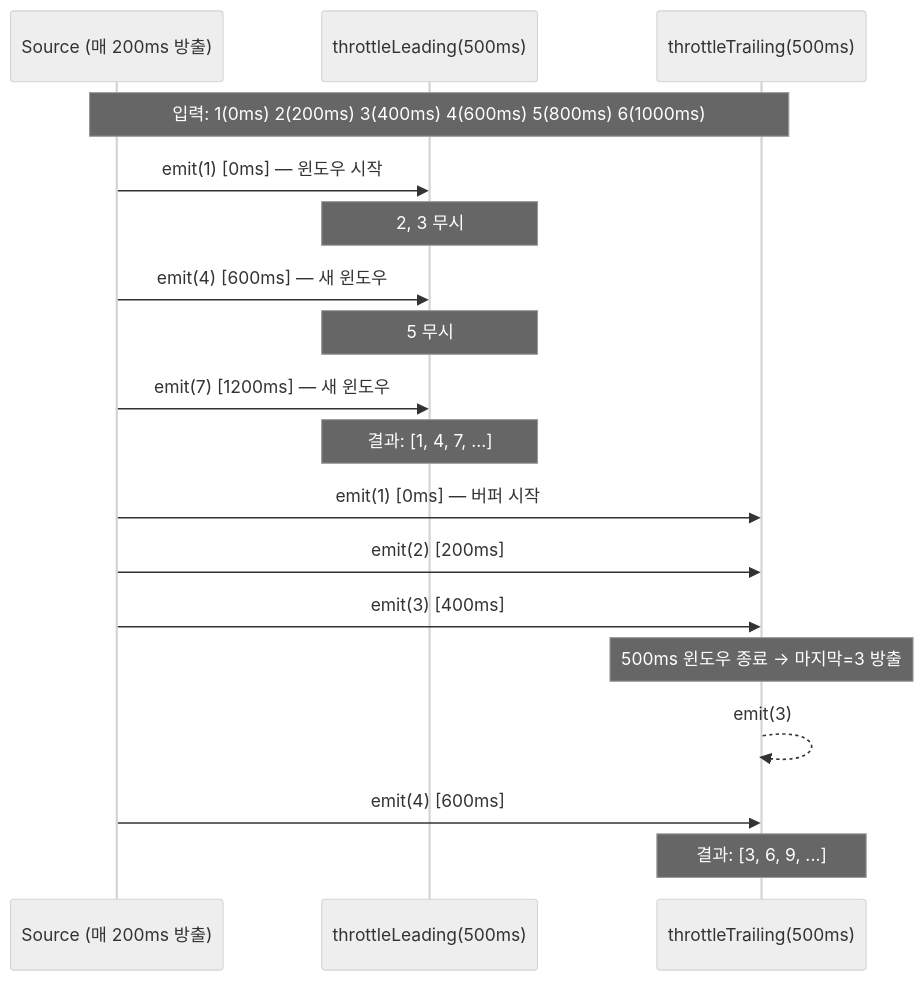
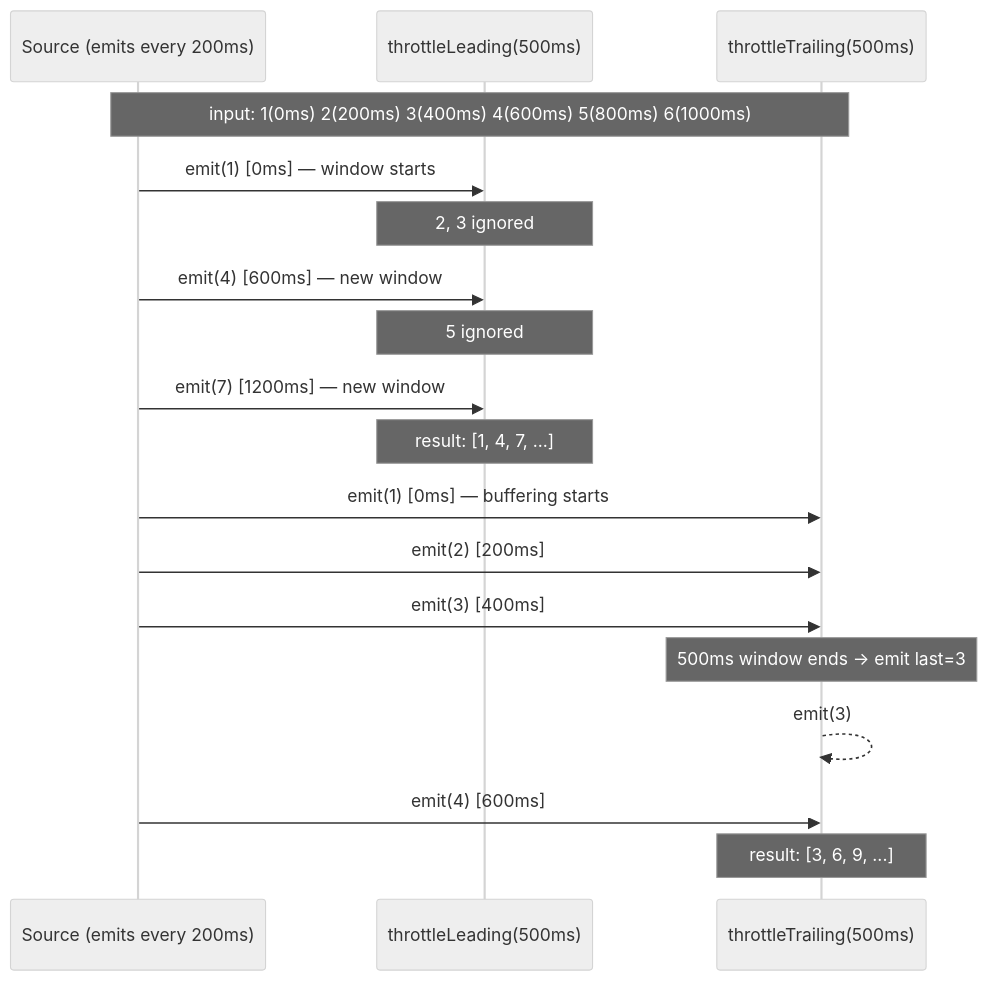
One commit to bluetape4k/bluetape4k-projects changed the tenth of 15 diagrams in bluetape4k/coroutines/README.md. Above: the diagram before and after it, drawn with Mermaid (neutral theme). The commit also changed other lines of this file and 265 other files, not shown here.

````diff
--- a/bluetape4k/coroutines/README.md
+++ b/bluetape4k/coroutines/README.md
@@ -429,20 +431,20 @@
 ```mermaid
 sequenceDiagram
-    participant S as Source (매 200ms 방출)
+    participant S as Source (emits every 200ms)
     participant TL as throttleLeading(500ms)
     participant TT as throttleTrailing(500ms)
-    Note over S, TT: 입력: 1(0ms) 2(200ms) 3(400ms) 4(600ms) 5(800ms) 6(1000ms)
-    S ->> TL: emit(1) [0ms] — 윈도우 시작
-    Note over TL: 2, 3 무시
-    S ->> TL: emit(4) [600ms] — 새 윈도우
-    Note over TL: 5 무시
-    S ->> TL: emit(7) [1200ms] — 새 윈도우
-    Note over TL: 결과: [1, 4, 7, ...]
-    S ->> TT: emit(1) [0ms] — 버퍼 시작
+    Note over S, TT: input: 1(0ms) 2(200ms) 3(400ms) 4(600ms) 5(800ms) 6(1000ms)
+    S ->> TL: emit(1) [0ms] — window starts
+    Note over TL: 2, 3 ignored
+    S ->> TL: emit(4) [600ms] — new window
+    Note over TL: 5 ignored
+    S ->> TL: emit(7) [1200ms] — new window
+    Note over TL: result: [1, 4, 7, ...]
+    S ->> TT: emit(1) [0ms] — buffering starts
     S ->> TT: emit(2) [200ms]
     S ->> TT: emit(3) [400ms]
-    Note over TT: 500ms 윈도우 종료 → 마지막=3 방출
+    Note over TT: 500ms window ends → emit last=3
     TT -->> TT: emit(3)
     S ->> TT: emit(4) [600ms]
-    Note over TT: 결과: [3, 6, 9, ...]
+    Note over TT: result: [3, 6, 9, ...]
 ```
````
